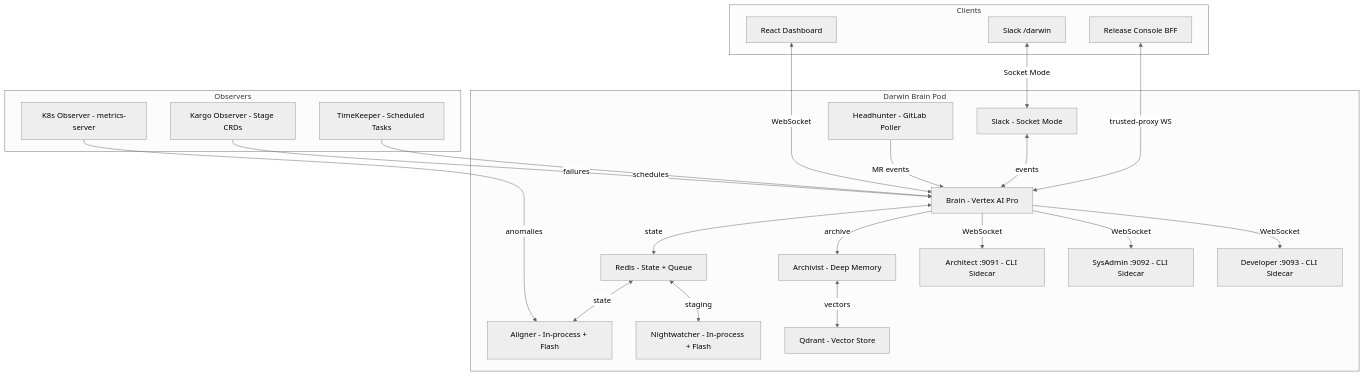
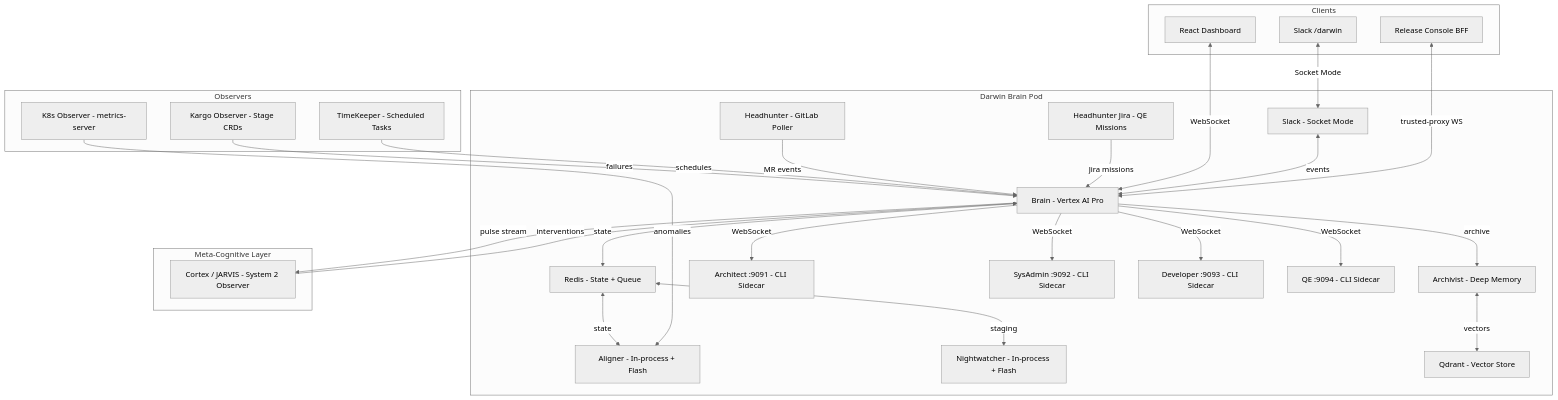
Before and after one commit to The-Darwin-Project/Blackboard: the diagram in docs/architecture.md, drawn with Mermaid (neutral theme). The commit also changed other lines of this file and 11 other files, not shown here.

First line of the commit message:
docs: sync Blackboard living docs with Cortex, Jira, and API routes

````diff
--- a/docs/architecture.md
+++ b/docs/architecture.md
@@ -13,49 +13,60 @@
 ```mermaid
 graph TD
     subgraph pod [Darwin Brain Pod]
         Brain["Brain - Vertex AI Pro"]
         Redis["Redis - State + Queue"]
         Aligner["Aligner - In-process + Flash"]
         Archivist["Archivist - Deep Memory"]
         Nightwatcher["Nightwatcher - In-process + Flash"]
         Qdrant["Qdrant - Vector Store"]
         Slack["Slack - Socket Mode"]
         Headhunter["Headhunter - GitLab Poller"]
+        HeadhunterJira["Headhunter Jira - QE Missions"]
 
         Architect["Architect :9091 - CLI Sidecar"]
         SysAdmin["SysAdmin :9092 - CLI Sidecar"]
         Developer["Developer :9093 - CLI Sidecar"]
+        QE["QE :9094 - CLI Sidecar"]
+    end
+
+    subgraph meta [Meta-Cognitive Layer]
+        Cortex["Cortex / JARVIS - System 2 Observer"]
     end
 
     subgraph observers [Observers]
         K8sObs["K8s Observer - metrics-server"]
         KargoObs["Kargo Observer - Stage CRDs"]
         TimeKeeper["TimeKeeper - Scheduled Tasks"]
     end
 
     subgraph ui [Clients]
         Dashboard["React Dashboard"]
         SlackApp["Slack /darwin"]
         Console["Release Console BFF"]
     end
 
     Brain <-->|state| Redis
     Redis <-->|state| Aligner
     Redis <-->|staging| Nightwatcher
     Brain -->|archive| Archivist
     Archivist <-->|vectors| Qdrant
 
     Brain -->|WebSocket| Architect
     Brain -->|WebSocket| SysAdmin
     Brain -->|WebSocket| Developer
+    Brain -->|WebSocket| QE
+
+    Brain -->|pulse stream| Cortex
+    Cortex -->|interventions| Brain
 
     K8sObs -->|anomalies| Aligner
     KargoObs -->|failures| Brain
     TimeKeeper -->|schedules| Brain
     Headhunter -->|MR events| Brain
+    HeadhunterJira -->|Jira missions| Brain
 
     Dashboard <-->|WebSocket| Brain
     SlackApp <-->|Socket Mode| Slack
     Slack <-->|events| Brain
     Console <-->|trusted-proxy WS| Brain
 ```
````
